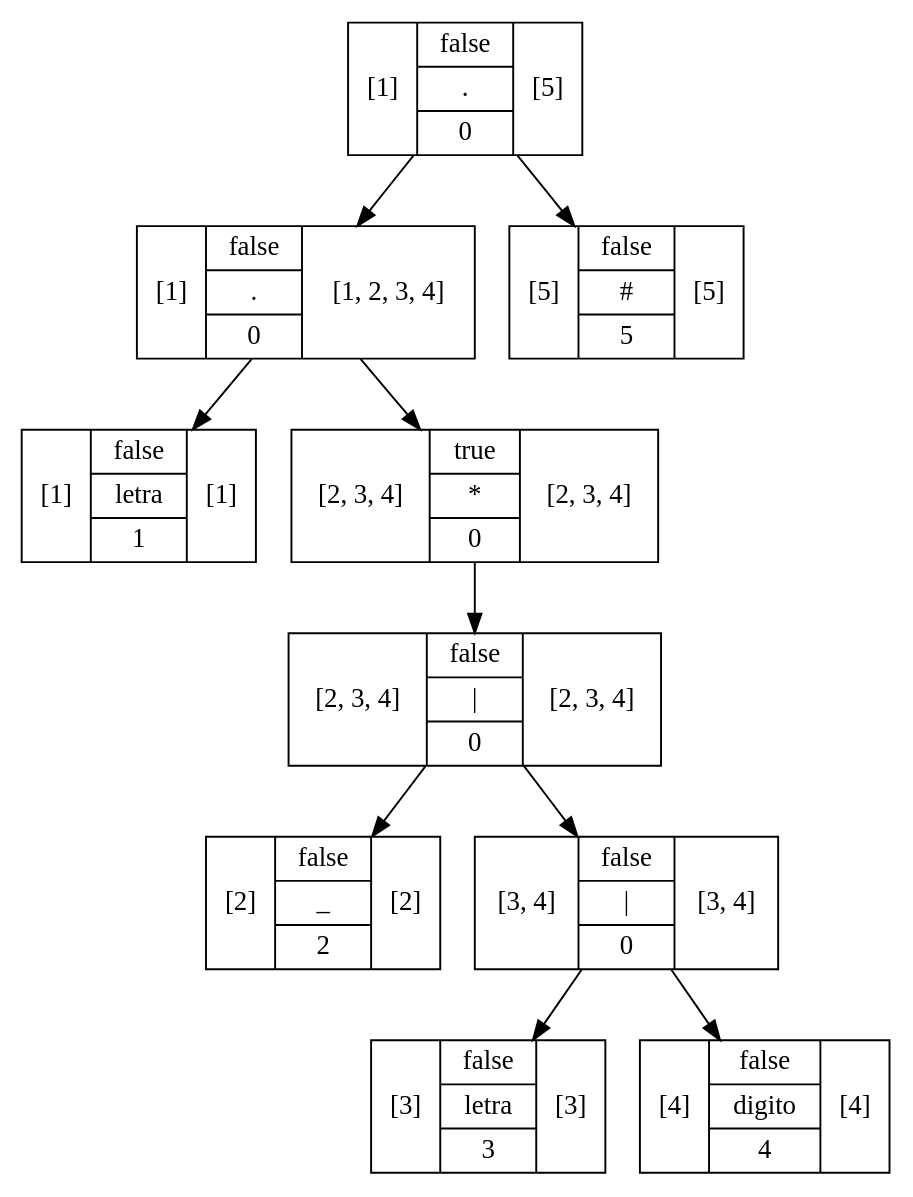
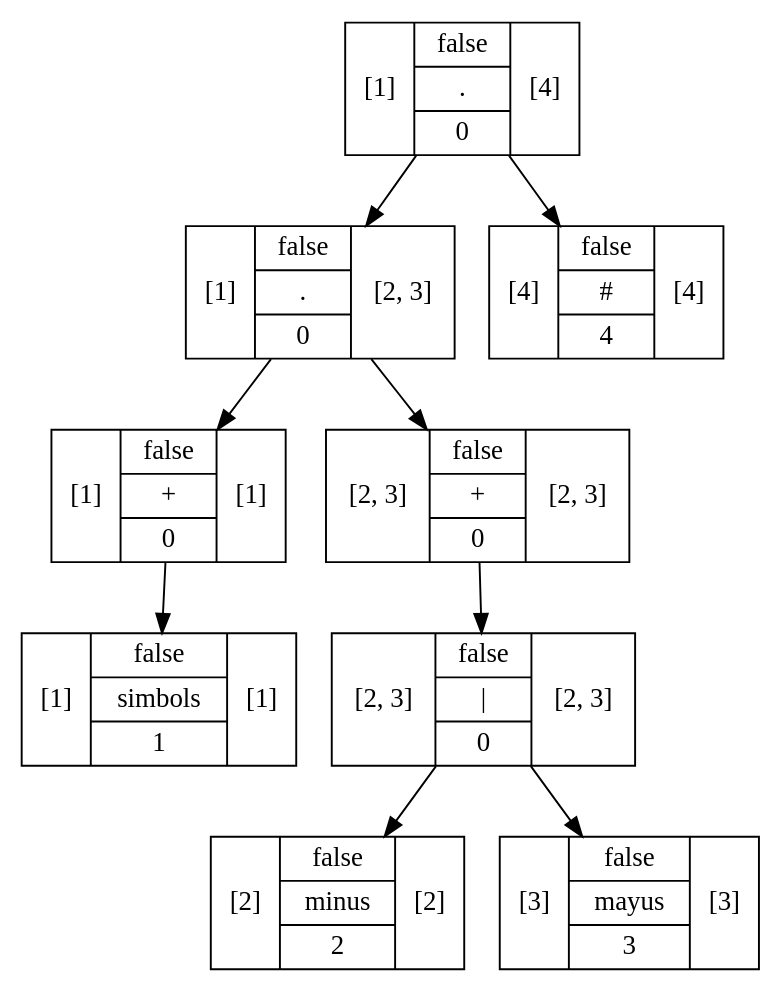
The diagram in out/production/Proyecto1/Graphviz/Arbol6.dot (RojasCJP/Proyecto1_Compi1), drawn with Graphviz before and after one commit. The commit also changed 465 other files, not shown here.

```diff
--- a/out/production/Proyecto1/Graphviz/Arbol6.dot
+++ b/out/production/Proyecto1/Graphviz/Arbol6.dot
@@ -1,21 +1,19 @@
 digraph structs {
-    node [shape=record];ArbolNodoMetodo76d655bd[label="[1]|{false|{letra}|1}|[1]"];
-ArbolNodoMetodo66868aa4[label="[2]|{false|{_}|2}|[2]"];
-ArbolNodoMetodo24fb4098[label="[3]|{false|{letra}|3}|[3]"];
-ArbolNodoMetodo61727176[label="[4]|{false|{digito}|4}|[4]"];
-ArbolNodoMetodo25cdab58[label="[3, 4]|{false|{\|}|0}|[3, 4]"];
-ArbolNodoMetodo25cdab58 -> ArbolNodoMetodo24fb4098;
-ArbolNodoMetodo25cdab58 -> ArbolNodoMetodo61727176;
-ArbolNodoMetodo774cd6ef[label="[2, 3, 4]|{false|{\|}|0}|[2, 3, 4]"];
-ArbolNodoMetodo774cd6ef -> ArbolNodoMetodo66868aa4;
-ArbolNodoMetodo774cd6ef -> ArbolNodoMetodo25cdab58;
-ArbolNodoMetodo94da71e[label="[2, 3, 4]|{true|{*}|0}|[2, 3, 4]"];
-ArbolNodoMetodo94da71e -> ArbolNodoMetodo774cd6ef;
-ArbolNodoMetodo7bc68e80[label="[1]|{false|{.}|0}|[1, 2, 3, 4]"];
-ArbolNodoMetodo7bc68e80 -> ArbolNodoMetodo76d655bd;
-ArbolNodoMetodo7bc68e80 -> ArbolNodoMetodo94da71e;
-ArbolNodoMetodo33196dcb[label="[5]|{false|{#}|5}|[5]"];
-ArbolNodoMetodo22f32ee9[label="[1]|{false|{.}|0}|[5]"];
-ArbolNodoMetodo22f32ee9 -> ArbolNodoMetodo7bc68e80;
-ArbolNodoMetodo22f32ee9 -> ArbolNodoMetodo33196dcb;
+    node [shape=record];ArbolNodoMetodo684b0677[label="[1]|{false|{simbols}|1}|[1]"];
+ArbolNodoMetodo6a1d35c1[label="[1]|{false|{+}|0}|[1]"];
+ArbolNodoMetodo6a1d35c1 -> ArbolNodoMetodo684b0677;
+ArbolNodoMetodo4e1d776e[label="[2]|{false|{minus}|2}|[2]"];
+ArbolNodoMetodo2d981c35[label="[3]|{false|{mayus}|3}|[3]"];
+ArbolNodoMetodo1dd0cf4f[label="[2, 3]|{false|{\|}|0}|[2, 3]"];
+ArbolNodoMetodo1dd0cf4f -> ArbolNodoMetodo4e1d776e;
+ArbolNodoMetodo1dd0cf4f -> ArbolNodoMetodo2d981c35;
+ArbolNodoMetodo1e605209[label="[2, 3]|{false|{+}|0}|[2, 3]"];
+ArbolNodoMetodo1e605209 -> ArbolNodoMetodo1dd0cf4f;
+ArbolNodoMetodo3be3e0ac[label="[1]|{false|{.}|0}|[2, 3]"];
+ArbolNodoMetodo3be3e0ac -> ArbolNodoMetodo6a1d35c1;
+ArbolNodoMetodo3be3e0ac -> ArbolNodoMetodo1e605209;
+ArbolNodoMetodo56f73a51[label="[4]|{false|{#}|4}|[4]"];
+ArbolNodoMetodo4d463d77[label="[1]|{false|{.}|0}|[4]"];
+ArbolNodoMetodo4d463d77 -> ArbolNodoMetodo3be3e0ac;
+ArbolNodoMetodo4d463d77 -> ArbolNodoMetodo56f73a51;
 }
```
